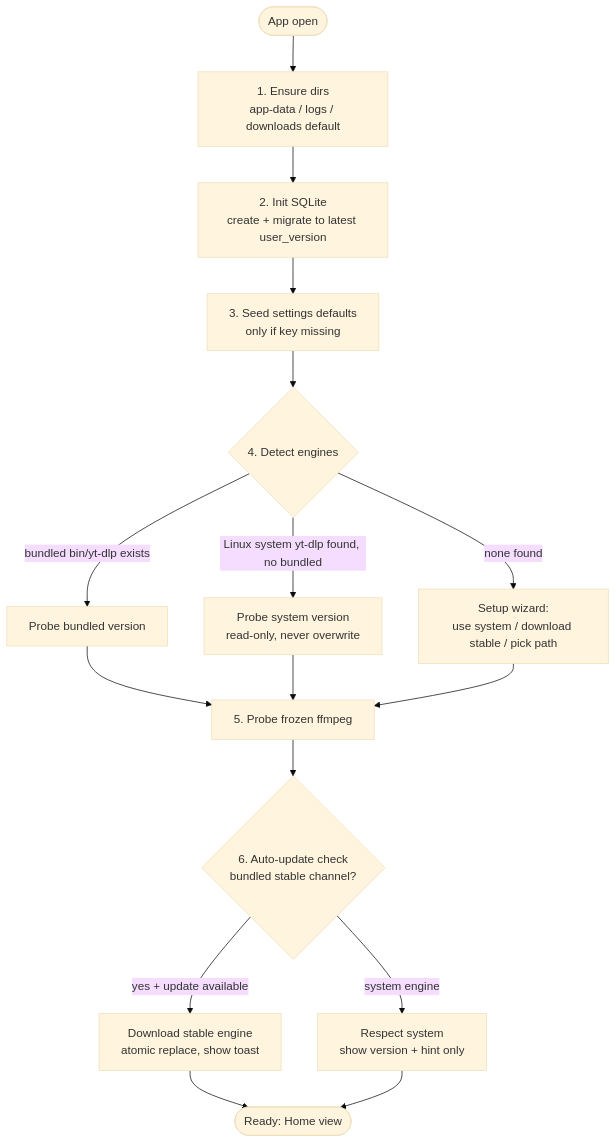
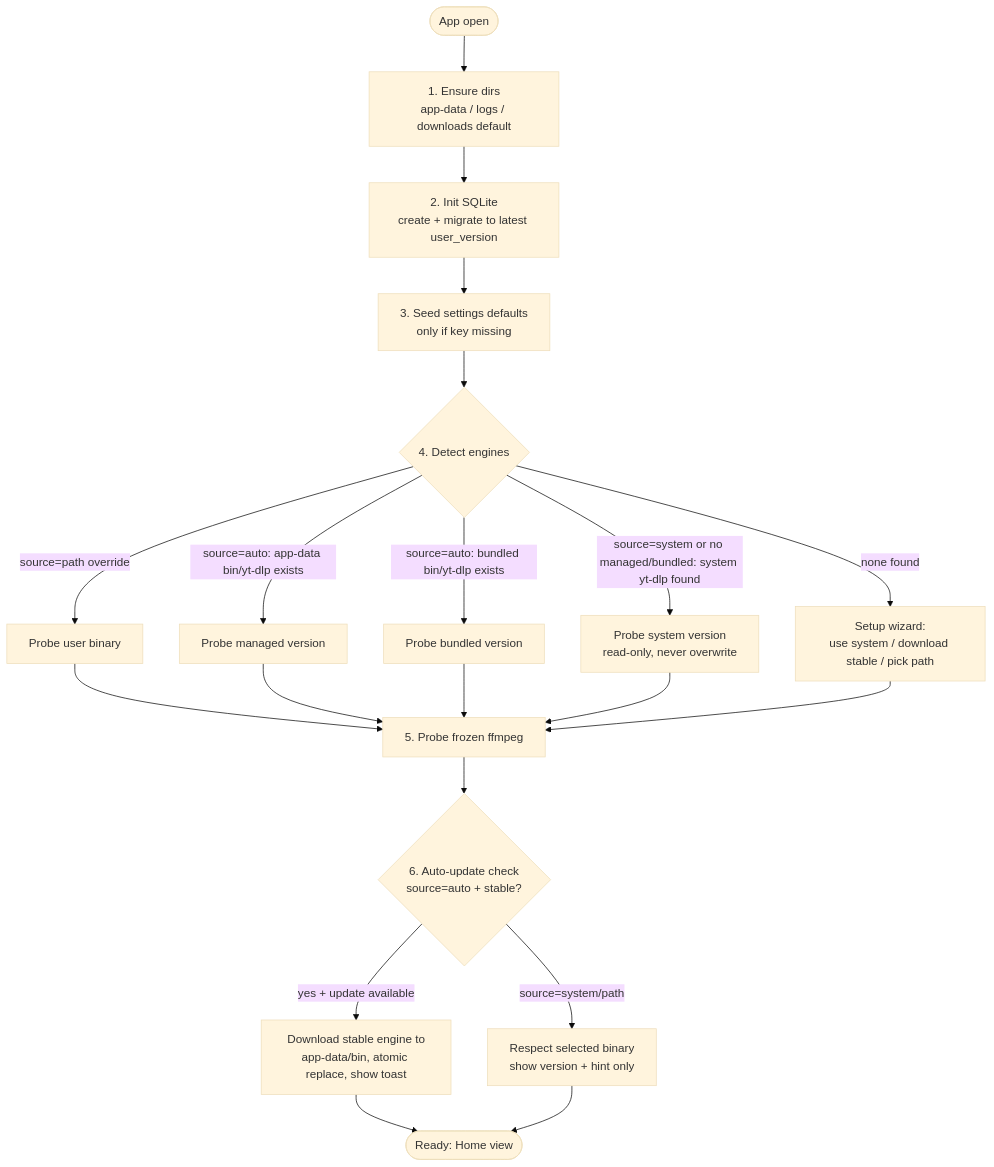
The fourth of 4 diagrams in docs/architecture.md (icebarf/yt-paw), drawn with Mermaid (base theme) before and after one commit. The commit also changed other lines of this file and 2 other files, not shown here.

Commit message:
reflect yt-dlp auto-update in docs as well

````diff
--- a/docs/architecture.md
+++ b/docs/architecture.md
@@ -172,18 +172,22 @@
 ```mermaid
 flowchart TB
     OPEN(["App open"]) --> DIRS["1. Ensure dirs<br/>app-data / logs / downloads default"]
     DIRS --> DB["2. Init SQLite<br/>create + migrate to latest user_version"]
     DB --> SEED["3. Seed settings defaults<br/>only if key missing"]
     SEED --> DETECT{"4. Detect engines"}
-    DETECT -->|"bundled bin/yt-dlp exists"| PROBE_B["Probe bundled version"]
-    DETECT -->|"Linux system yt-dlp found, no bundled"| PROBE_S["Probe system version<br/>read-only, never overwrite"]
+    DETECT -->|"source=path override"| PROBE_P["Probe user binary"]
+    DETECT -->|"source=auto: app-data bin/yt-dlp exists"| PROBE_M["Probe managed version"]
+    DETECT -->|"source=auto: bundled bin/yt-dlp exists"| PROBE_B["Probe bundled version"]
+    DETECT -->|"source=system or no managed/bundled: system yt-dlp found"| PROBE_S["Probe system version<br/>read-only, never overwrite"]
     DETECT -->|"none found"| WIZ["Setup wizard:<br/>use system / download stable / pick path"]
-    PROBE_B --> FF["5. Probe frozen ffmpeg"]
+    PROBE_P --> FF["5. Probe frozen ffmpeg"]
+    PROBE_M --> FF
+    PROBE_B --> FF
     PROBE_S --> FF
     WIZ --> FF
-    FF --> UPD{"6. Auto-update check<br/>bundled stable channel?"}
-    UPD -->|"yes + update available"| AUTO["Download stable engine<br/>atomic replace, show toast"]
-    UPD -->|"system engine"| SKIP["Respect system<br/>show version + hint only"]
+    FF --> UPD{"6. Auto-update check<br/>source=auto + stable?"}
+    UPD -->|"yes + update available"| AUTO["Download stable engine to<br/>app-data/bin, atomic replace, show toast"]
+    UPD -->|"source=system/path"| SKIP["Respect selected binary<br/>show version + hint only"]
     AUTO --> READY(["Ready: Home view"])
     SKIP --> READY
 ```
````
